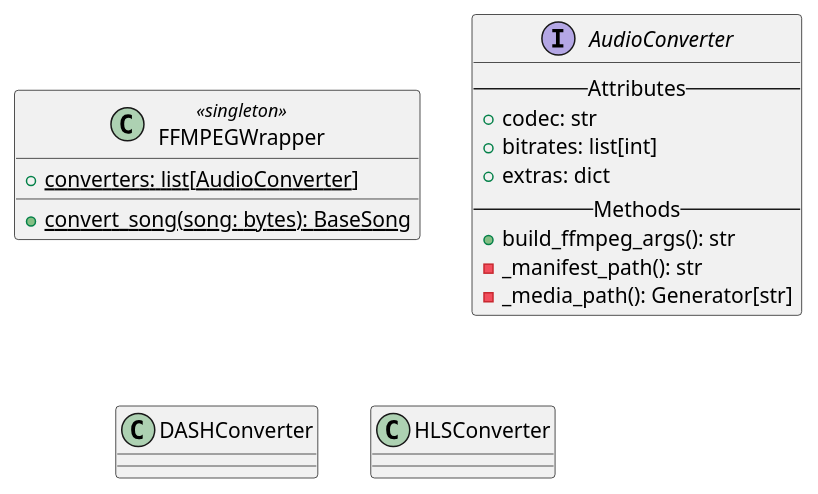
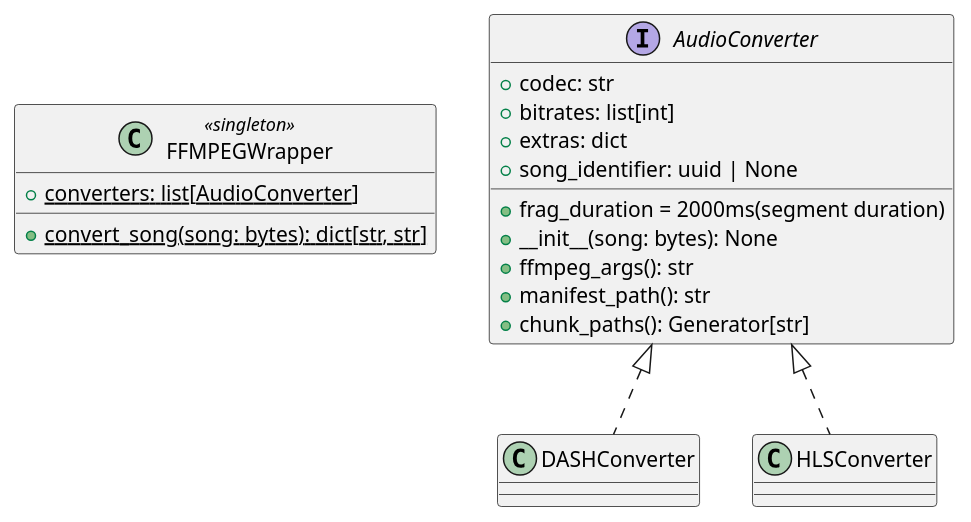
The diagram in specification/structure/backend/audio.puml (ddrddrr/musikk), drawn with PlantUML before and after one commit. The commit also changed 24 other files, not shown here.

```diff
--- a/specification/structure/backend/audio.puml
+++ b/specification/structure/backend/audio.puml
@@ -1,28 +1,26 @@
 @startuml BackendAudio
 
-skinparam groupInheritance 2
-
-
-' ### Audio
 class FFMPEGWrapper <<singleton>>{
     + {static} converters: list[AudioConverter]
-    ' returns manifest path
-    + {static} convert_song(song: bytes): BaseSong
+    ' returns manifest paths - {manifest_format: path}
+    + {static} convert_song(song: bytes): dict[str, str]
 }
 
 interface AudioConverter{
-    --Attributes--
+    + frag_duration = 2000ms(segment duration)
     + codec: str
     + bitrates: list[int]
     + extras: dict
-    --Methods--
-    + build_ffmpeg_args(): str
+    + song_identifier: uuid | None
+
+    + __init__(song: bytes): None
+    + ffmpeg_args(): str
     ' generate uuid inside(used for song later on),
     ' take global var for base path --> create paths
-    - _manifest_path(): str
-    - _media_path(): Generator[str]
+    + manifest_path(): str
+    + chunk_paths(): Generator[str]
 }
-class DASHConverter
-class HLSConverter
+class DASHConverter implements AudioConverter
+class HLSConverter implements AudioConverter
 
 @enduml
```
